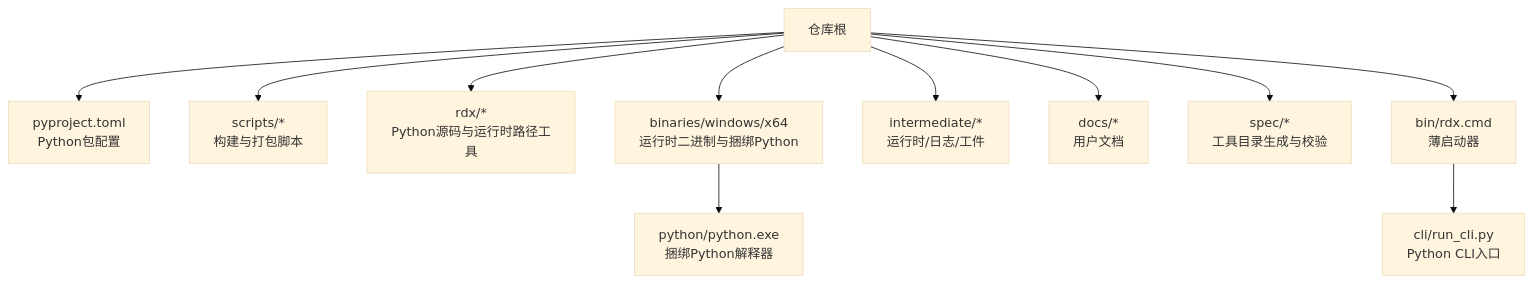
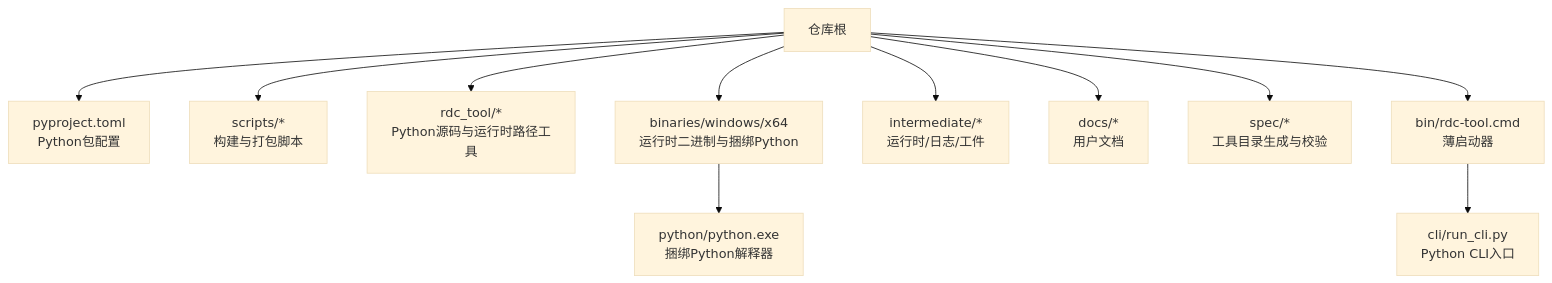
One commit to haolange/RDC-Tool changed the first of 9 diagrams in .qoder/repowiki/zh/content/部署和发布/构建系统.md. Above: the diagram before and after it, drawn with Mermaid (base theme). The commit also changed other lines of this file and 388 other files, not shown here.

First line of the commit message:
Release RDC-Tool identity and public maintenance surface

````diff
--- a/.qoder/repowiki/zh/content/部署和发布/构建系统.md
+++ b/.qoder/repowiki/zh/content/部署和发布/构建系统.md
@@ -59,13 +59,13 @@
 ```mermaid
 graph TB
 A["仓库根"] --> B["pyproject.toml<br/>Python包配置"]
 A --> C["scripts/*<br/>构建与打包脚本"]
-A --> D["rdx/*<br/>Python源码与运行时路径工具"]
+A --> D["rdc_tool/*<br/>Python源码与运行时路径工具"]
 A --> E["binaries/windows/x64<br/>运行时二进制与捆绑Python"]
 A --> F["intermediate/*<br/>运行时/日志/工件"]
 A --> G["docs/*<br/>用户文档"]
 A --> H["spec/*<br/>工具目录生成与校验"]
-A --> I["bin/rdx.cmd<br/>薄启动器"]
+A --> I["bin/rdc-tool.cmd<br/>薄启动器"]
 I --> J["cli/run_cli.py<br/>Python CLI入口"]
 E --> K["python/python.exe<br/>捆绑Python解释器"]
 ```
````
